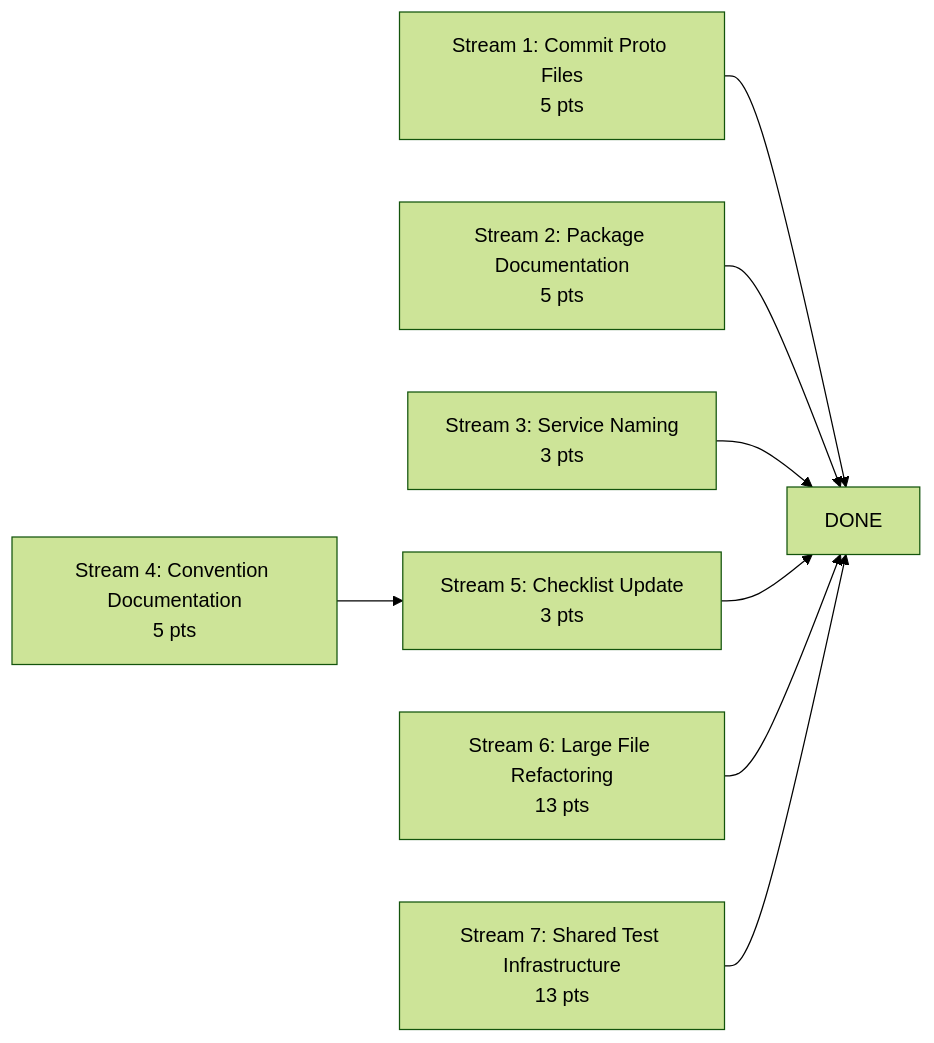
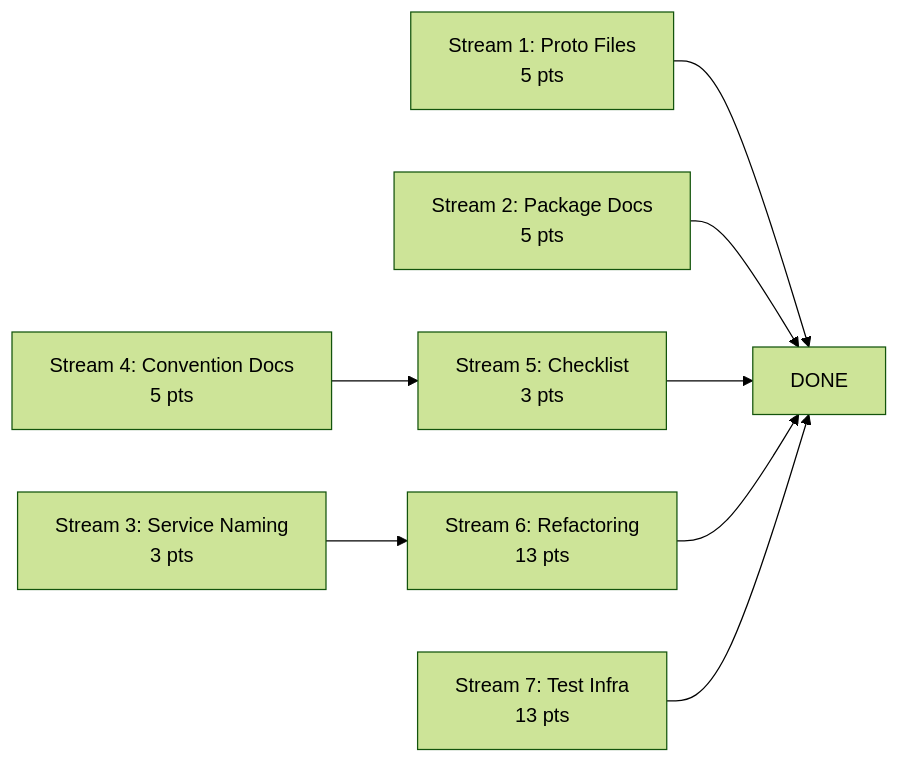
The diagram in docs/prd/049-codebase-consistency.md (meridianhub/meridian), drawn with Mermaid (forest theme) before and after one commit. The commit also changed other lines of this file, not shown here.

````diff
--- a/docs/prd/049-codebase-consistency.md
+++ b/docs/prd/049-codebase-consistency.md
@@ -61,10 +66,10 @@
 ```mermaid
 graph LR
-    S1["Stream 1: Commit Proto Files<br/>5 pts"] --> DONE
-    S2["Stream 2: Package Documentation<br/>5 pts"] --> DONE
-    S3["Stream 3: Service Naming<br/>3 pts"] --> DONE
-    S4["Stream 4: Convention Documentation<br/>5 pts"] --> S5
-    S5["Stream 5: Checklist Update<br/>3 pts"] --> DONE
-    S6["Stream 6: Large File Refactoring<br/>13 pts"] --> DONE
-    S7["Stream 7: Shared Test Infrastructure<br/>13 pts"] --> DONE
+    S1["Stream 1: Proto Files<br/>5 pts"] --> DONE
+    S2["Stream 2: Package Docs<br/>5 pts"] --> DONE
+    S3["Stream 3: Service Naming<br/>3 pts"] --> S6
+    S4["Stream 4: Convention Docs<br/>5 pts"] --> S5
+    S5["Stream 5: Checklist<br/>3 pts"] --> DONE
+    S6["Stream 6: Refactoring<br/>13 pts"] --> DONE
+    S7["Stream 7: Test Infra<br/>13 pts"] --> DONE
 ```
````
